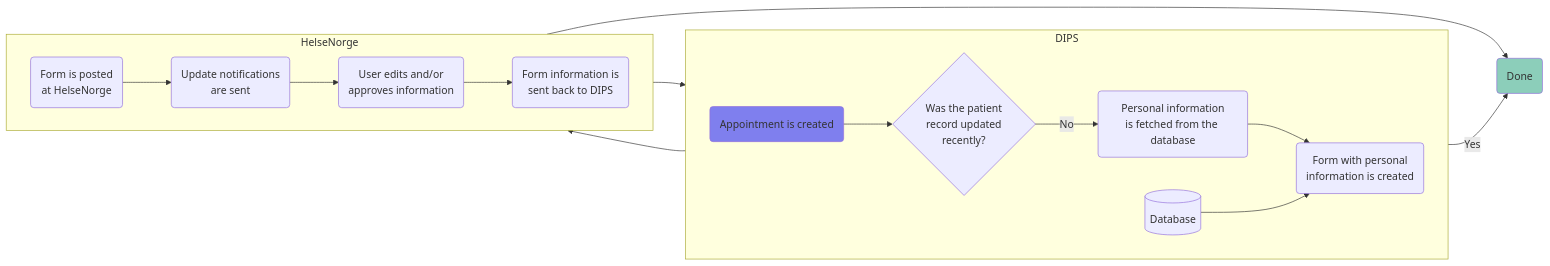
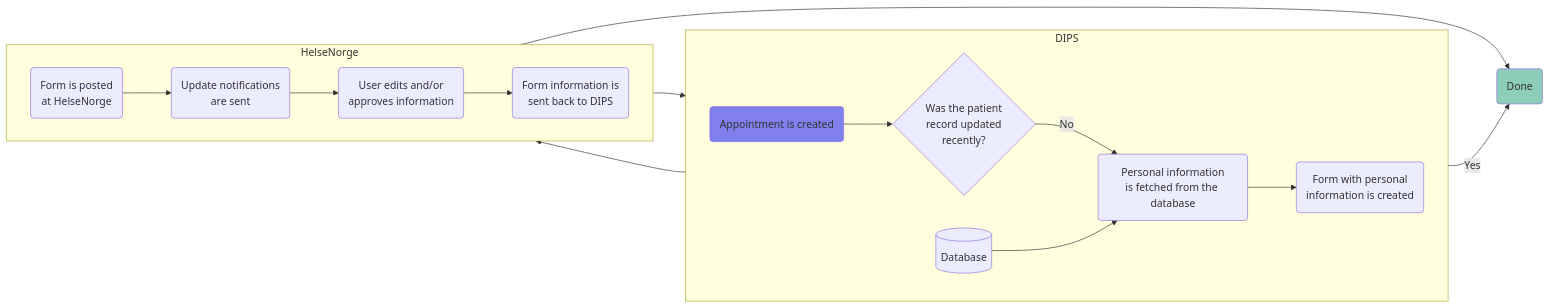
Before and after one commit to oleksii-nikolaienko/Eitri_OpenDIPS: the diagram in Flow.md, drawn with Mermaid.

````diff
--- a/Flow.md
+++ b/Flow.md
@@ -1,29 +1,29 @@
 ```mermaid
   flowchart LR
       
       done(Done)
       style done fill:#1B9E7780
       
       subgraph DIPS
         direction LR
         create_appoint(Appointment is created)-->when_updated{Was the patient\nrecord updated\nrecently?}
         style create_appoint fill:#0000ff80
         when_updated -- No --> fetch_info(Personal information\nis fetched from the database)
         fetch_info --> create_form(Form with personal\ninformation is created)
-        db[(Database)] --> create_form
+        db[(Database)] --> fetch_info
       end
       
       subgraph HelseNorge
         direction LR
         post_form(Form is posted\nat HelseNorge) --> notify(Update notifications\nare sent)
         notify --> edit(User edits and/or\napproves information)
         edit --> send_back(Form information is\nsent back to DIPS)
         
       end
       
       when_updated -- Yes --> done
       create_form --> post_form
       send_back --> done
       send_back --> db
       
 ```
````
